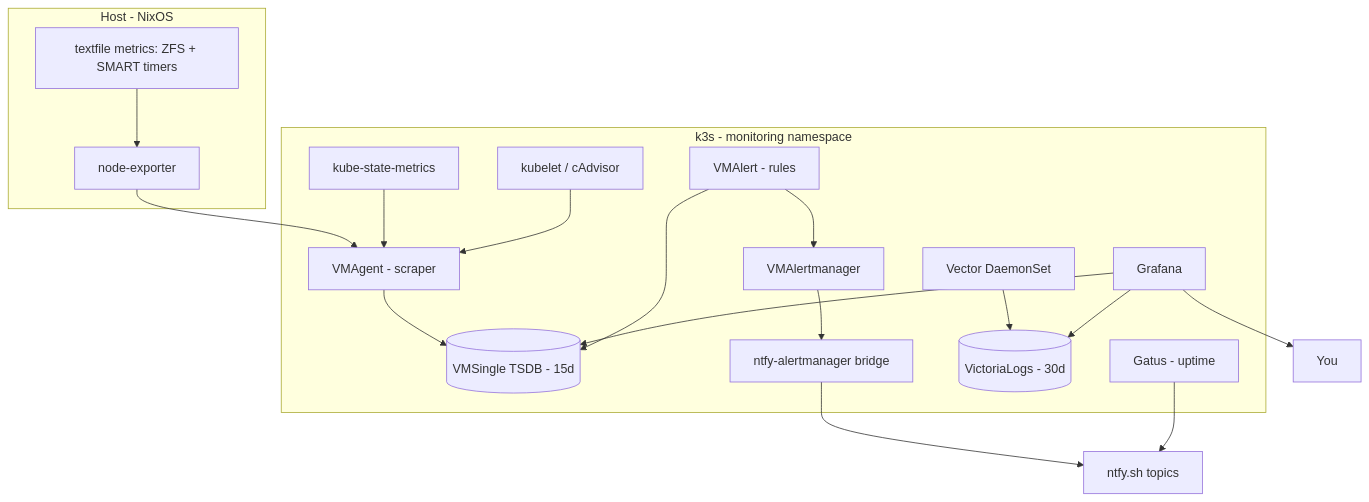
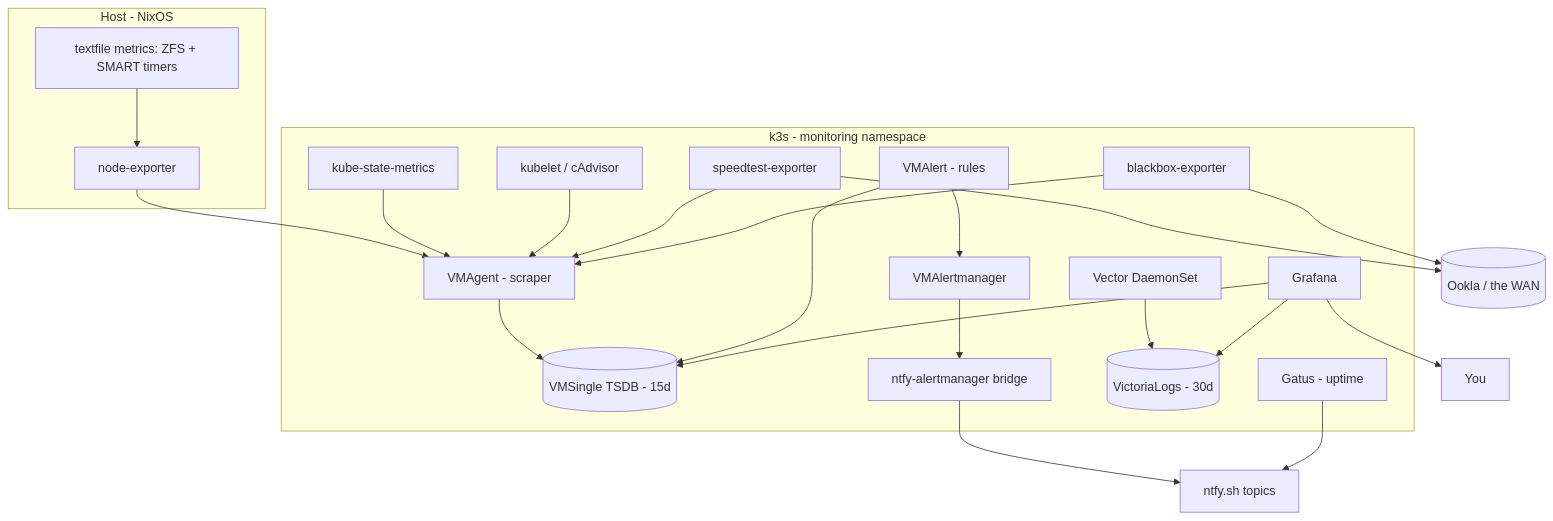
One commit to rithviknishad/systems.nix changed the diagram in docs/monitoring.md. Above: the diagram before and after it, drawn with Mermaid. The commit also changed other lines of this file and 10 other files, not shown here.

````diff
--- a/docs/monitoring.md
+++ b/docs/monitoring.md
@@ -25,30 +25,34 @@
 ```mermaid
 flowchart TB
     subgraph host[Host - NixOS]
         ne[node-exporter]
         tf[textfile metrics: ZFS + SMART timers]
         tf --> ne
     end
 
     subgraph cluster[k3s - monitoring namespace]
         vmagent[VMAgent - scraper] --> vmsingle[(VMSingle TSDB - 15d)]
         ne --> vmagent
         ksm[kube-state-metrics] --> vmagent
         cadvisor[kubelet / cAdvisor] --> vmagent
+        speedtest[speedtest-exporter] --> vmagent
+        blackbox[blackbox-exporter] --> vmagent
 
         vmalert[VMAlert - rules] --> vmsingle
         vmalert --> vmam[VMAlertmanager]
         vmam --> bridge[ntfy-alertmanager bridge]
 
         vector[Vector DaemonSet] --> vlogs[(VictoriaLogs - 30d)]
 
         grafana[Grafana] --> vmsingle
         grafana --> vlogs
 
         gatus[Gatus - uptime]
     end
 
     bridge --> ntfy[ntfy.sh topics]
     gatus --> ntfy
     grafana --> user[You]
+    speedtest --> isp[(Ookla / the WAN)]
+    blackbox --> isp
 ```
````
